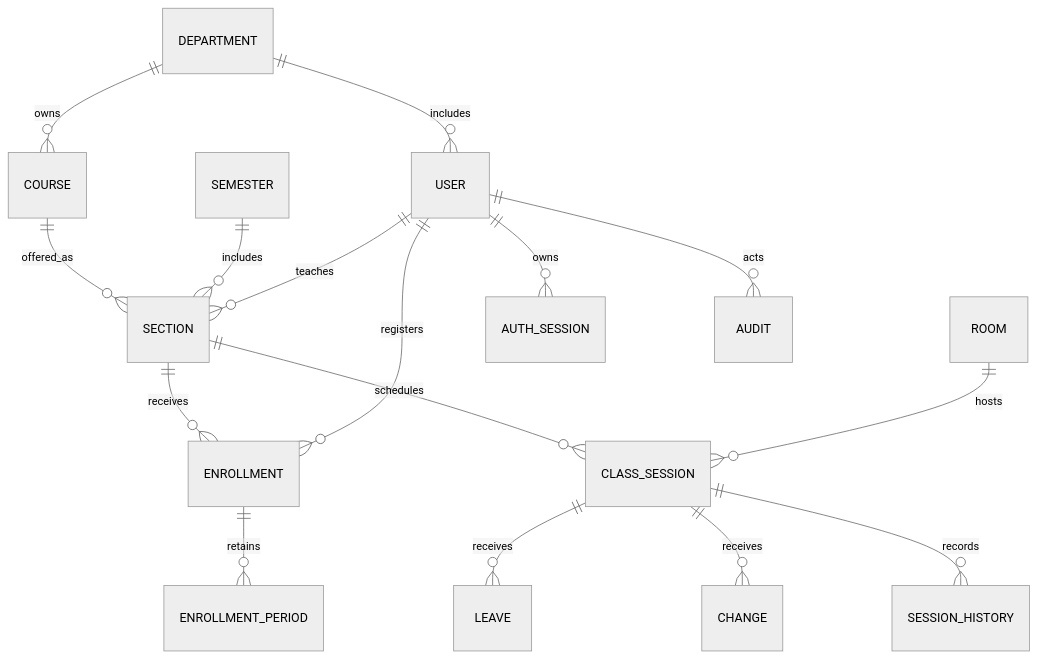
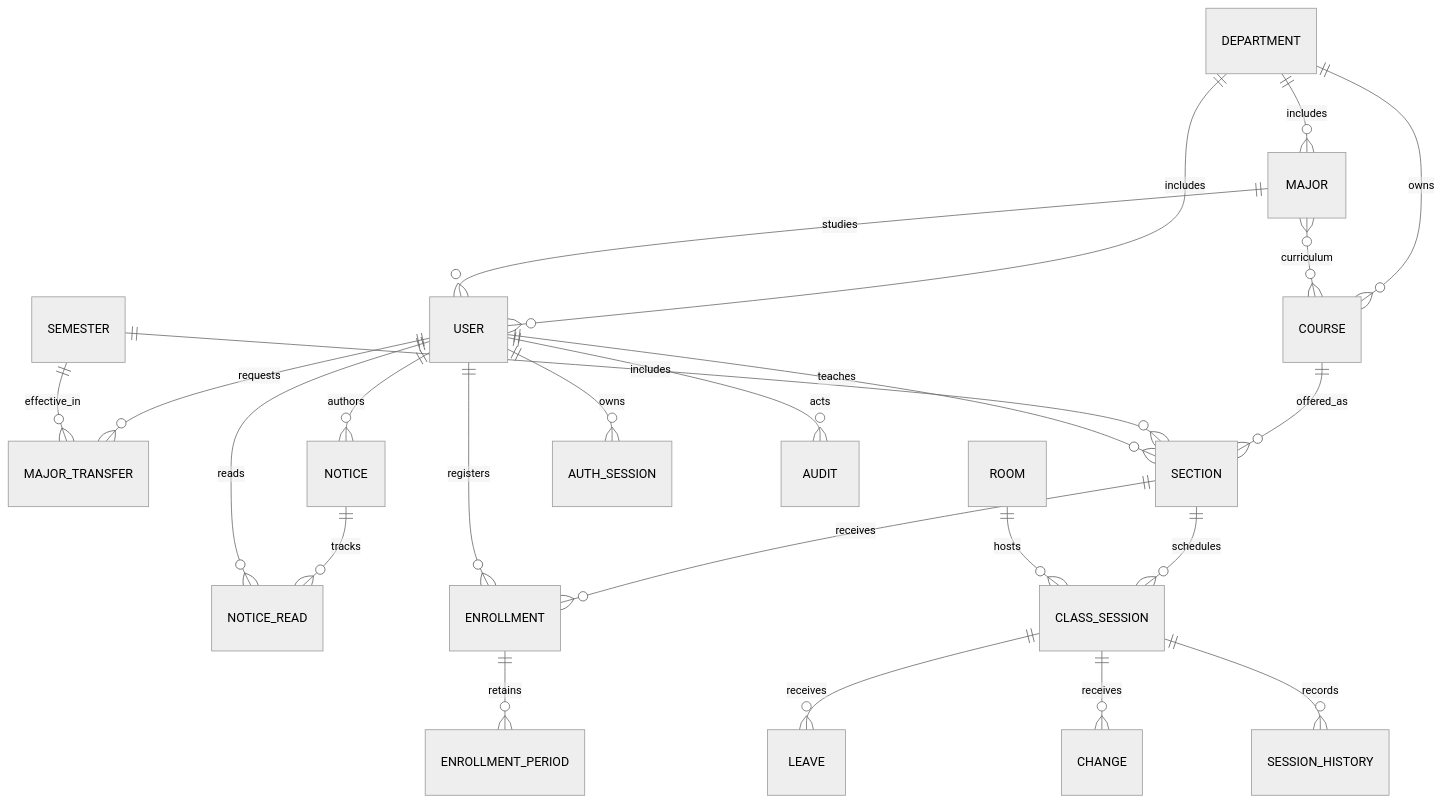
One commit to namphuongp/myfap_clone changed the diagram in database.md. Above: the diagram before and after it, drawn with Mermaid (neutral theme). The commit also changed other lines of this file and 154 other files, not shown here.

````diff
--- a/database.md
+++ b/database.md
@@ -26,18 +30,26 @@
 ```mermaid
 erDiagram
  DEPARTMENT ||--o{ USER : includes
  DEPARTMENT ||--o{ COURSE : owns
+ DEPARTMENT ||--o{ MAJOR : includes
+ MAJOR }o--o{ COURSE : curriculum
+ MAJOR ||--o{ USER : studies
+ USER ||--o{ MAJOR_TRANSFER : requests
+ SEMESTER ||--o{ MAJOR_TRANSFER : effective_in
+ USER ||--o{ NOTICE : authors
+ NOTICE ||--o{ NOTICE_READ : tracks
+ USER ||--o{ NOTICE_READ : reads
  COURSE ||--o{ SECTION : offered_as
  SEMESTER ||--o{ SECTION : includes
  USER ||--o{ SECTION : teaches
  SECTION ||--o{ ENROLLMENT : receives
  USER ||--o{ ENROLLMENT : registers
  ENROLLMENT ||--o{ ENROLLMENT_PERIOD : retains
  SECTION ||--o{ CLASS_SESSION : schedules
  ROOM ||--o{ CLASS_SESSION : hosts
  CLASS_SESSION ||--o{ LEAVE : receives
  CLASS_SESSION ||--o{ CHANGE : receives
  CLASS_SESSION ||--o{ SESSION_HISTORY : records
  USER ||--o{ AUTH_SESSION : owns
  USER ||--o{ AUDIT : acts
 ```
````
